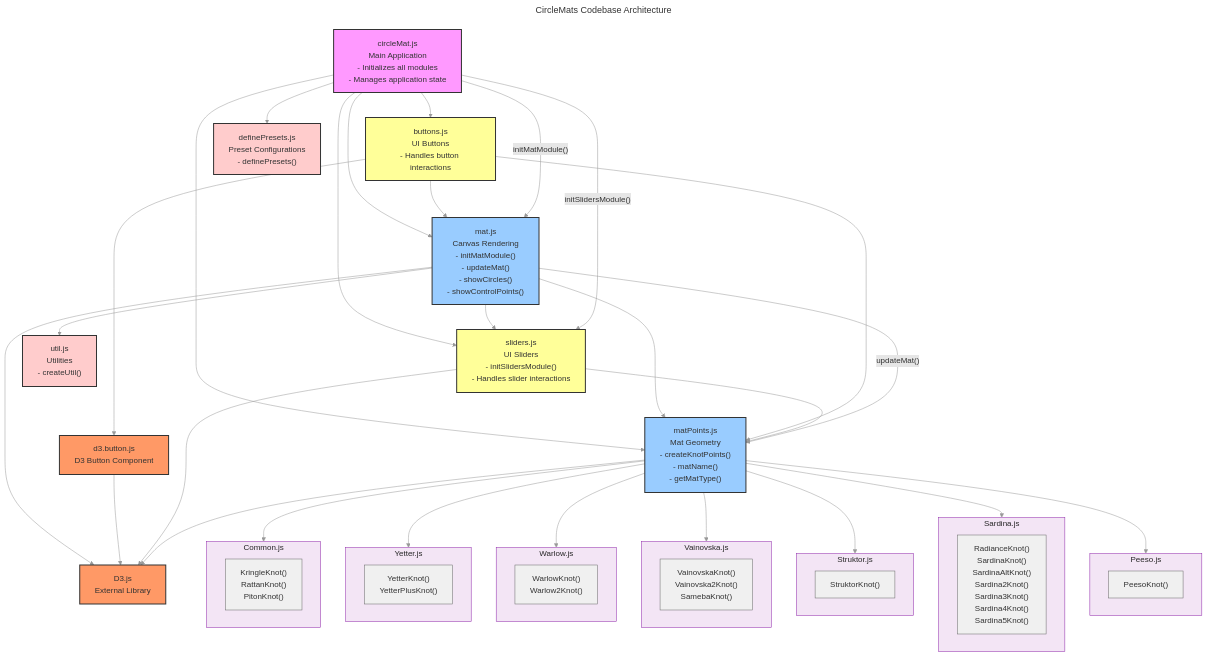
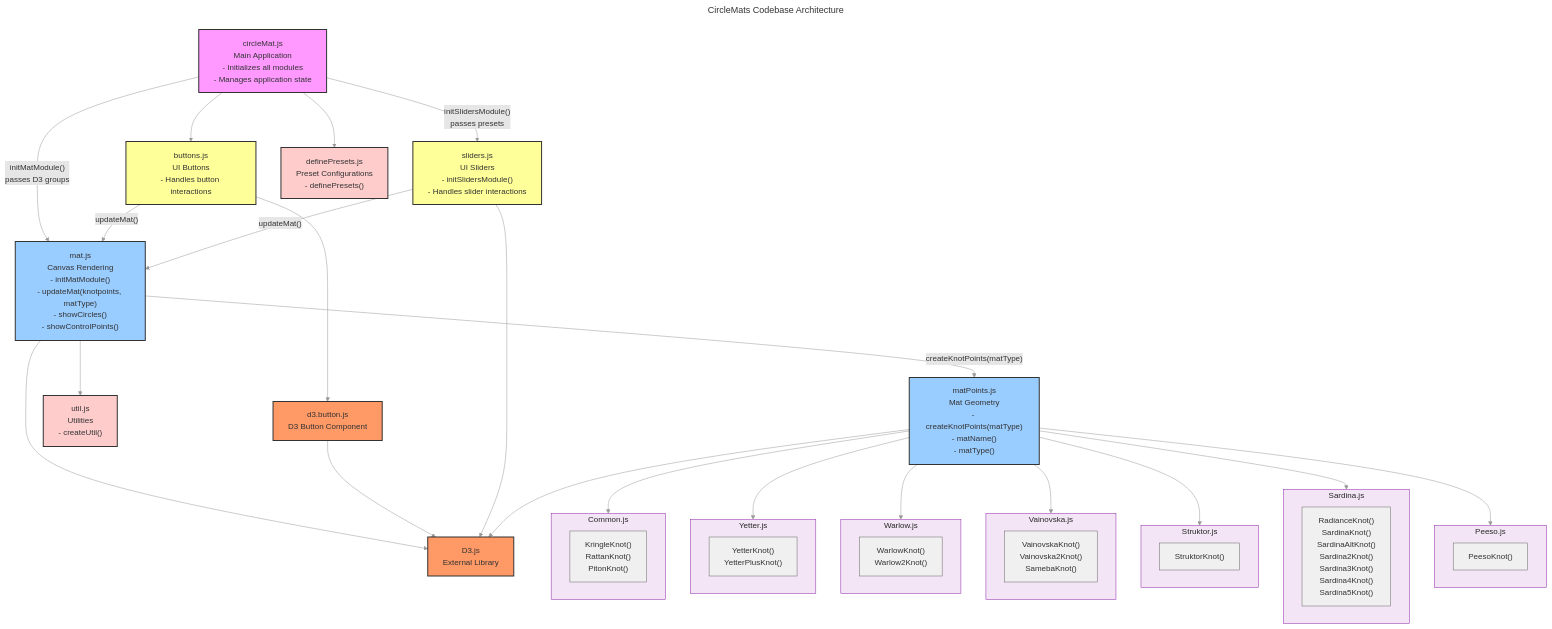
Before and after one commit to Scott-Y-Hall/CircleMats: the diagram in code-relationships.mmd, drawn with Mermaid.

Commit message:
Mermaid cleanup

```diff
--- a/code-relationships.mmd
+++ b/code-relationships.mmd
@@ -1,113 +1,105 @@
 ---
 title: CircleMats Codebase Architecture
 description: Visualization of module relationships and dependencies in the CircleMats project.
 ---
 
 %%{init: {'theme': 'base', 'themeVariables': { 'primaryColor': '#f0f0f0', 'primaryTextColor': '#333', 'primaryBorderColor': '#666', 'lineColor': '#999', 'secondaryColor': '#e6e6e6', 'tertiaryColor': '#d9d9d9'}}}%%
 
 graph TD
     %% Main Application File
     circleMat["circleMat.js<br/>Main Application<br/>- Initializes all modules<br/>- Manages application state"]
     
     %% Core Modules
-    mat["mat.js<br/>Canvas Rendering<br/>- initMatModule()<br/>- updateMat()<br/>- showCircles()<br/>- showControlPoints()"]
-    matPoints["matPoints.js<br/>Mat Geometry<br/>- createKnotPoints()<br/>- matName()<br/>- getMatType()"]
+    mat["mat.js<br/>Canvas Rendering<br/>- initMatModule()<br/>- updateMat(knotpoints, matType)<br/>- showCircles()<br/>- showControlPoints()"]
+    matPoints["matPoints.js<br/>Mat Geometry<br/>- createKnotPoints(matType)<br/>- matName()<br/>- matType()"]
     
     %% UI Components
     buttons["buttons.js<br/>UI Buttons<br/>- Handles button interactions"]
     sliders["sliders.js<br/>UI Sliders<br/>- initSlidersModule()<br/>- Handles slider interactions"]
     
     %% Knot Types
     subgraph CommonSG[Common.js]
         Common["KringleKnot()<br/>RattanKnot()<br/>PitonKnot()"]
     end
     
     subgraph YetterSG[Yetter.js]
         Yetter["YetterKnot()<br/>YetterPlusKnot()"]
     end
     
     subgraph WarlowSG[Warlow.js]
         Warlow["WarlowKnot()<br/>Warlow2Knot()"]
     end
     
     subgraph VainovskaSG[Vainovska.js]
         Vainovska["VainovskaKnot()<br/>Vainovska2Knot()<br/>SamebaKnot()"]
     end
     
     subgraph StruktorSG[Struktor.js]
         Struktor["StruktorKnot()"]
     end
     
     subgraph SardinaSG[Sardina.js]
         Sardina["RadianceKnot()<br/>SardinaKnot()<br/>SardinaAltKnot()<br/>Sardina2Knot()<br/>Sardina3Knot()<br/>Sardina4Knot()<br/>Sardina5Knot()"]
     end
     
     subgraph PeesoSG[Peeso.js]
         Peeso["PeesoKnot()"]
     end
     
     %% Utility
     util["util.js<br/>Utilities<br/>- createUtil()"]
     definePresets["definePresets.js<br/>Preset Configurations<br/>- definePresets()"]
     
     %% D3.js Dependencies
     d3Button["d3.button.js<br/>D3 Button Component"]
     d3["D3.js<br/>External Library"]
     
     %% Main Dependencies (circleMat orchestrates everything)
-    circleMat --> mat
-    circleMat --> matPoints
+    circleMat -- "initMatModule()<br/>passes D3 groups" --> mat
+    circleMat -- "initSlidersModule()<br/>passes presets" --> sliders
     circleMat --> buttons
-    circleMat --> sliders
     circleMat --> definePresets
     
     %% Core Module Dependencies
-    mat --> matPoints
+    mat -- "createKnotPoints(matType)" --> matPoints
     mat --> util
     mat --> d3
-    mat --> sliders
     
     %% UI Component Dependencies
+    buttons -- "updateMat()" --> mat
     buttons --> d3Button
-    buttons --> matPoints
-    buttons --> mat
     d3Button --> d3
     
     %% Slider Dependencies
+    sliders -- "updateMat()" --> mat
     sliders --> d3
-    sliders --> matPoints
-    
-    %% Initialization Flow
-    circleMat -- "initSlidersModule()" --> sliders
-    circleMat -- "initMatModule()" --> mat
-    mat -- "updateMat()" --> matPoints
     
     %% Knot Dependencies
     matPoints --> d3
     matPoints --> CommonSG
     matPoints --> YetterSG
     matPoints --> WarlowSG
     matPoints --> VainovskaSG
     matPoints --> StruktorSG
     matPoints --> SardinaSG
     matPoints --> PeesoSG
     
     %% Style Definitions
     classDef app fill:#f9f,stroke:#333,stroke-width:2px
     classDef core fill:#9cf,stroke:#333,stroke-width:2px
     classDef ui fill:#ff9,stroke:#333,stroke-width:2px
     classDef util fill:#fcc,stroke:#333,stroke-width:2px
     classDef ext fill:#f96,stroke:#333,stroke-width:2px
 
     %% Knot Subgraph Style - Single style for all knot subgraphs
     classDef knot fill:#f3e5f5,stroke:#8e24aa,stroke-width:2px  %% Light Purple
     
     %% Apply Styles
     class circleMat app
     class mat,matPoints core
     class buttons,sliders,d3Button ui
     class util,definePresets util
     class d3Button,d3 ext
     
     %% Apply Knot Subgraph Style
     class CommonSG,YetterSG,WarlowSG,VainovskaSG,StruktorSG,SardinaSG,PeesoSG knot
```
